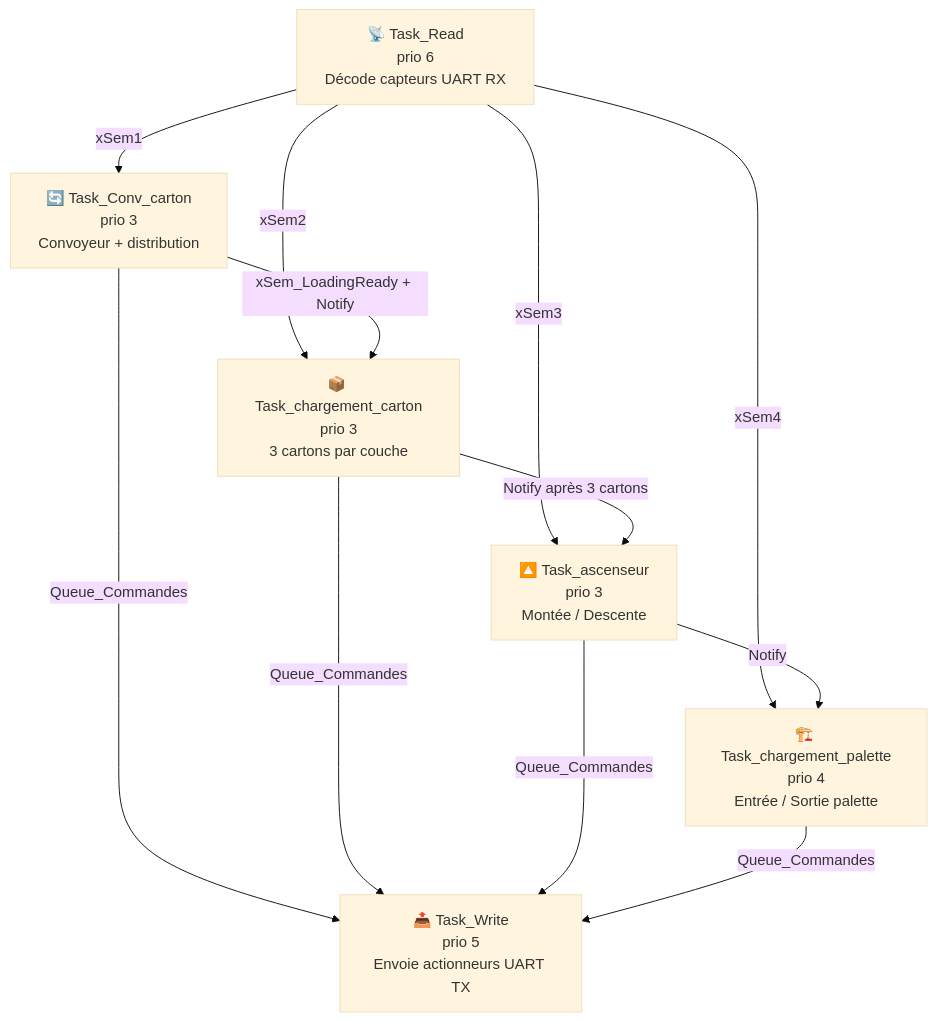
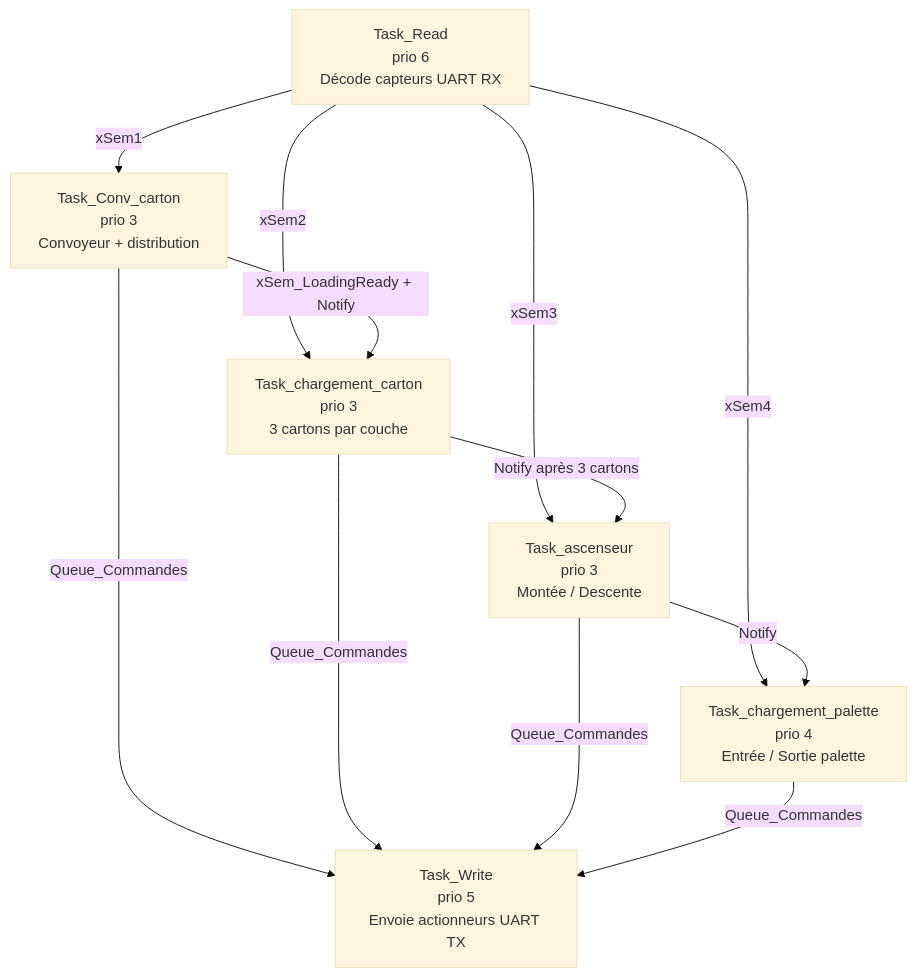
Before and after one commit to Tom-PSLD/STM32-PAL-FreeRTOS: the second of 3 diagrams in README.md, drawn with Mermaid (base theme). The commit also changed other lines of this file, not shown here.

Commit message:
Add complete README

````diff
--- a/README.md
+++ b/README.md
@@ -41,20 +41,20 @@
 ```mermaid
 graph TD
-    READ["📡 Task_Read\nprio 6\nDécode capteurs UART RX"]
-    WRITE["📤 Task_Write\nprio 5\nEnvoie actionneurs UART TX"]
-    CONV["🔄 Task_Conv_carton\nprio 3\nConvoyeur + distribution"]
-    CARTON["📦 Task_chargement_carton\nprio 3\n3 cartons par couche"]
-    ELEV["🔼 Task_ascenseur\nprio 3\nMontée / Descente"]
-    PAL["🏗️ Task_chargement_palette\nprio 4\nEntrée / Sortie palette"]
+    READ[" Task_Read\nprio 6\nDécode capteurs UART RX"]
+    WRITE[" Task_Write\nprio 5\nEnvoie actionneurs UART TX"]
+    CONV[" Task_Conv_carton\nprio 3\nConvoyeur + distribution"]
+    CARTON[" Task_chargement_carton\nprio 3\n3 cartons par couche"]
+    ELEV[" Task_ascenseur\nprio 3\nMontée / Descente"]
+    PAL[" Task_chargement_palette\nprio 4\nEntrée / Sortie palette"]
 
     READ -->|"xSem1"| CONV
     READ -->|"xSem2"| CARTON
     READ -->|"xSem3"| ELEV
     READ -->|"xSem4"| PAL
 
     CONV -->|"xSem_LoadingReady + Notify"| CARTON
     CARTON -->|"Notify après 3 cartons"| ELEV
     ELEV -->|"Notify"| PAL
 
     CONV & CARTON & ELEV & PAL -->|"Queue_Commandes"| WRITE
 ```
````
